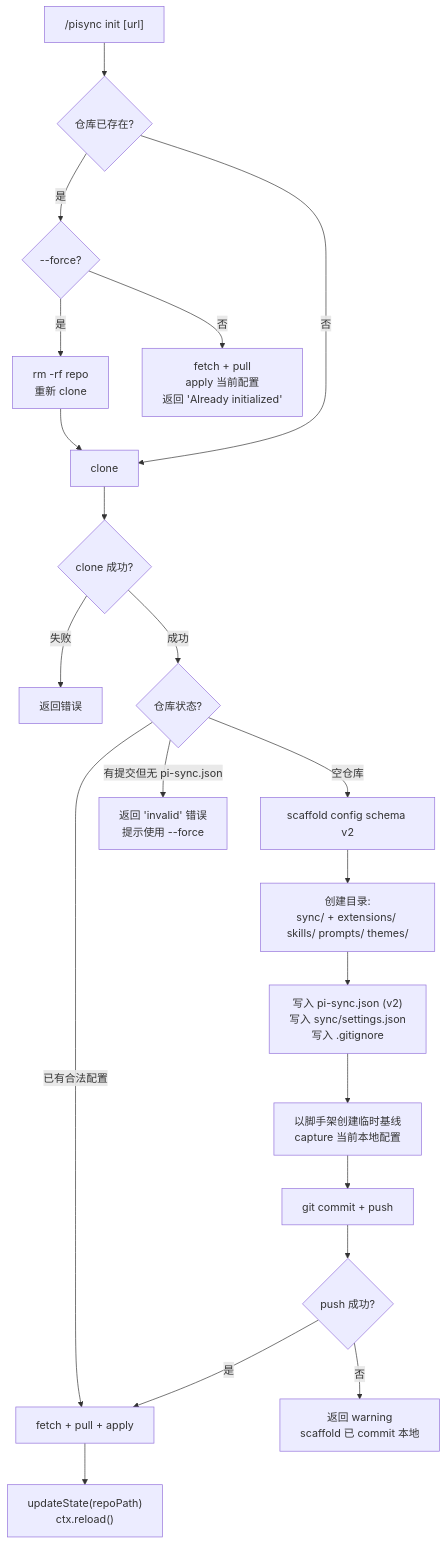
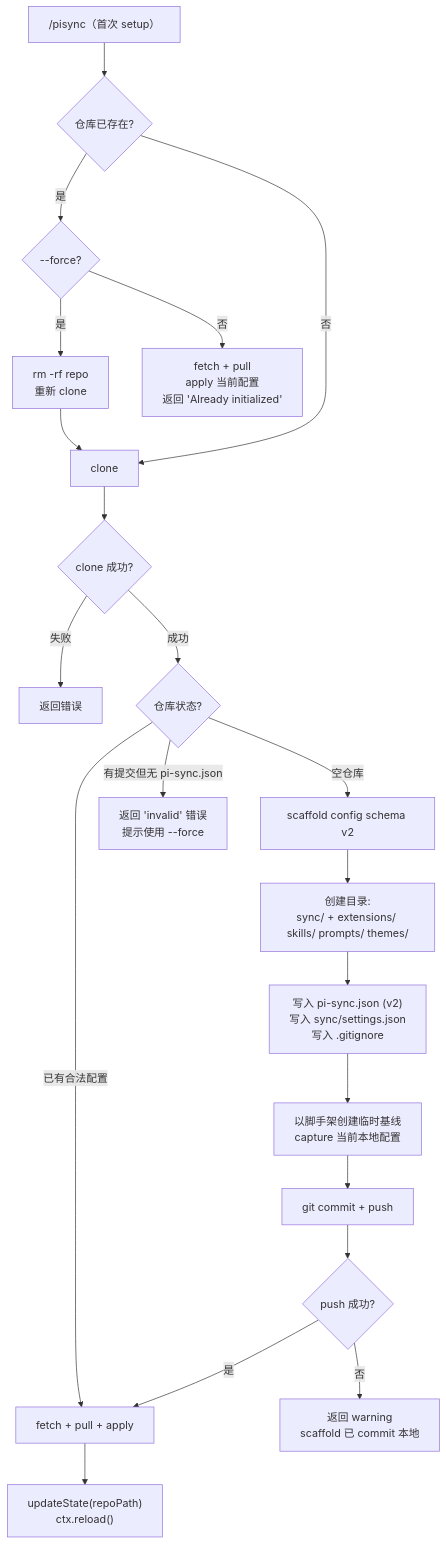
Before and after one commit to jachy-h/pi-git-sync: the ninth of 12 diagrams in docs/architecture.md, drawn with Mermaid. The commit also changed other lines of this file and 19 other files, not shown here.

Commit message:
feat: unify pisync setup and sync workflow

````diff
--- a/docs/architecture.md
+++ b/docs/architecture.md
@@ -530,27 +530,27 @@
 ```mermaid
 flowchart TD
-    A["/pisync init [url]"] --> B{仓库已存在?}
+    A["/pisync（首次 setup）"] --> B{仓库已存在?}
     B -->|是| C{--force?}
     C -->|是| D["rm -rf repo<br/>重新 clone"]
     C -->|否| E["fetch + pull<br/>apply 当前配置<br/>返回 'Already initialized'"]
     D --> F[clone]
     B -->|否| F
     
     F --> G{clone 成功?}
     G -->|失败| H[返回错误]
     G -->|成功| I{仓库状态?}
     
     I -->|空仓库| J[scaffold config schema v2]
     I -->|已有合法配置| K[fetch + pull + apply]
     I -->|有提交但无 pi-sync.json| L["返回 'invalid' 错误<br/>提示使用 --force"]
     
     J --> M["创建目录:<br/>sync/ + extensions/ skills/ prompts/ themes/"]
     M --> N["写入 pi-sync.json (v2)<br/>写入 sync/settings.json<br/>写入 .gitignore"]
     N --> C1["以脚手架创建临时基线<br/>capture 当前本地配置"]
     C1 --> O["git commit + push"]
     O --> P{push 成功?}
     P -->|是| K
     P -->|否| Q["返回 warning<br/>scaffold 已 commit 本地"]
     
     K --> R["updateState(repoPath)<br/>ctx.reload()"]
 ```
````
